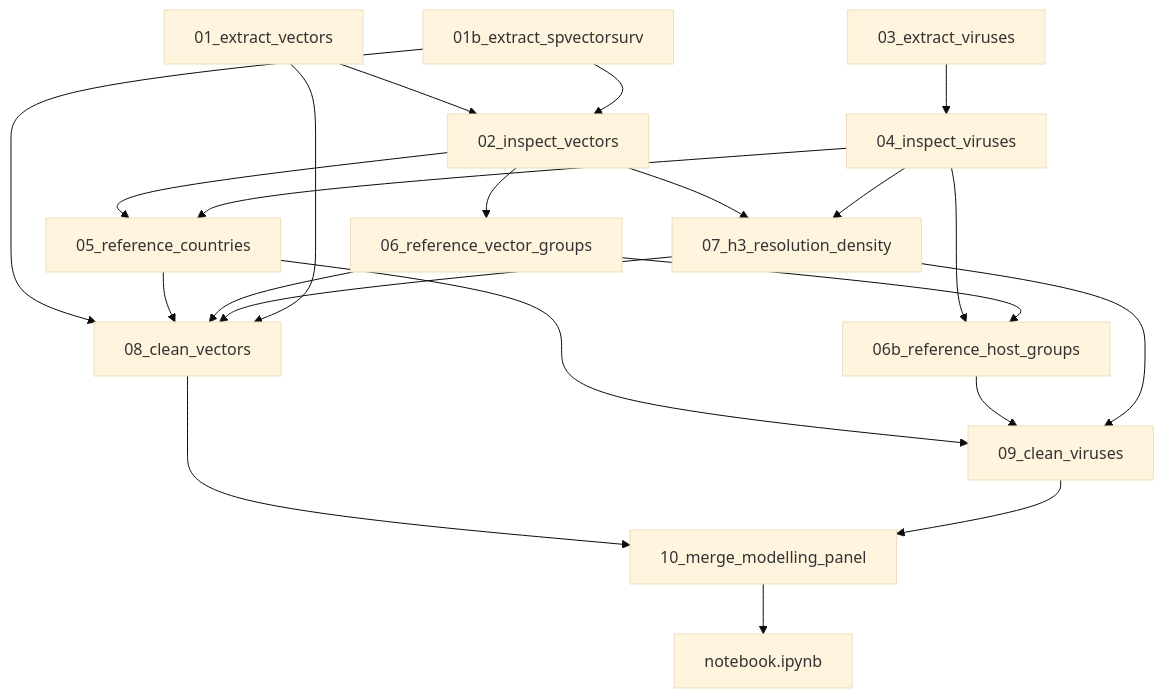
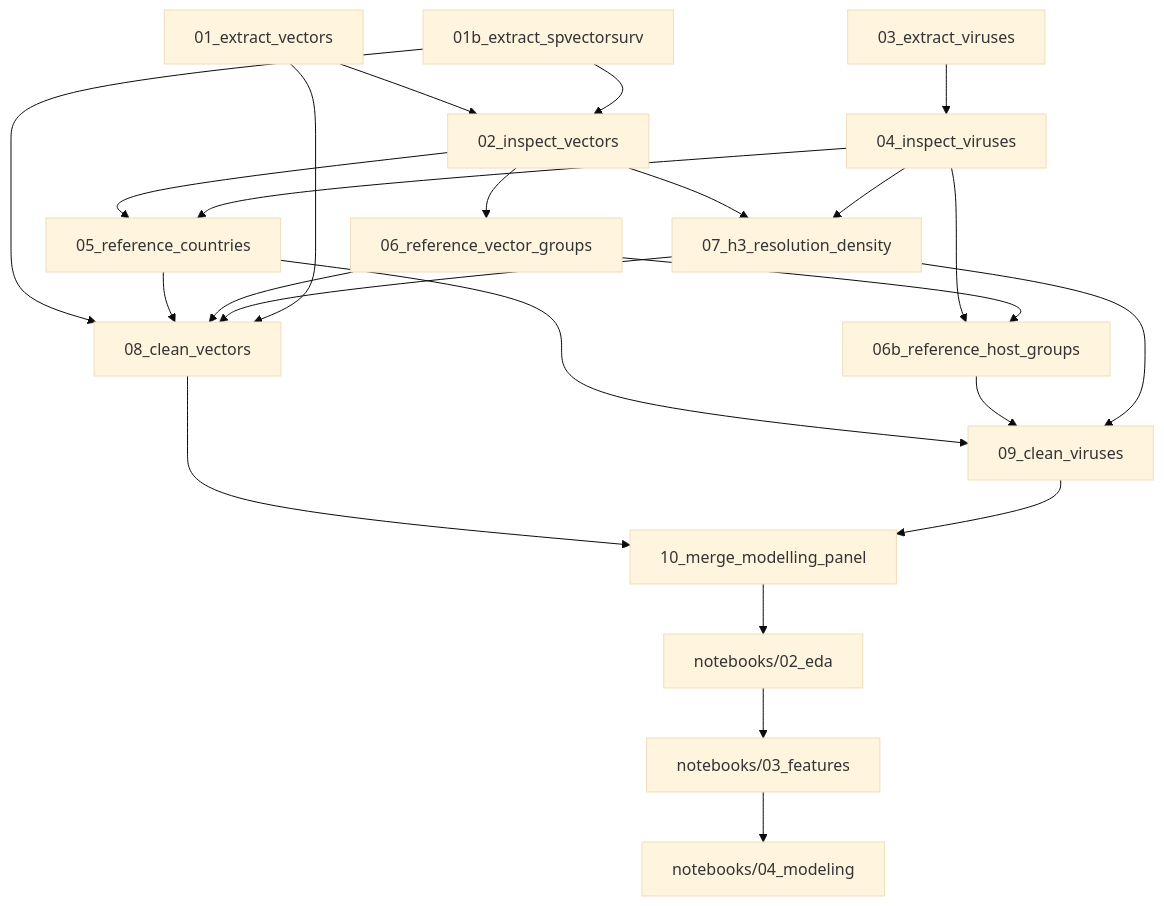
Before and after one commit to GustavoRusso/vector-guard: the diagram in specs/04-reference-data-and-panel-pipeline.md, drawn with Mermaid (base theme). The commit also changed other lines of this file and 11 other files, not shown here.

Commit message:
Moved the single notebook approach for EDA analisys to a new notebook organization (02_eda, 03_features, 04_modeling)

````diff
--- a/specs/04-reference-data-and-panel-pipeline.md
+++ b/specs/04-reference-data-and-panel-pipeline.md
@@ -227,38 +227,42 @@
 ```mermaid
 flowchart TD
   extractV["01_extract_vectors"]
   extractSp["01b_extract_spvectorsurv"]
   extractU["03_extract_viruses"]
   edaV["02_inspect_vectors"]
   edaU["04_inspect_viruses"]
   refCountries["05_reference_countries"]
   refTaxa["06_reference_vector_groups"]
   refHosts["06b_reference_host_groups"]
   h3Density["07_h3_resolution_density"]
   cleanV["08_clean_vectors"]
   cleanU["09_clean_viruses"]
   merge["10_merge_modelling_panel"]
-  courseNb["notebook.ipynb"]
+  edaNb["notebooks/02_eda"]
+  featuresNb["notebooks/03_features"]
+  modelingNb["notebooks/04_modeling"]
 
   extractV --> edaV
   extractSp --> edaV
   extractSp --> cleanV
   extractU --> edaU
   edaV --> refCountries
   edaU --> refCountries
   edaV --> refTaxa
   edaU --> refHosts
   refTaxa --> refHosts
   edaV --> h3Density
   edaU --> h3Density
   refCountries --> cleanV
   refCountries --> cleanU
   refTaxa --> cleanV
   refHosts --> cleanU
   h3Density --> cleanV
   h3Density --> cleanU
   extractV --> cleanV
   cleanV --> merge
   cleanU --> merge
-  merge --> courseNb
+  merge --> edaNb
+  edaNb --> featuresNb
+  featuresNb --> modelingNb
 ```
````
